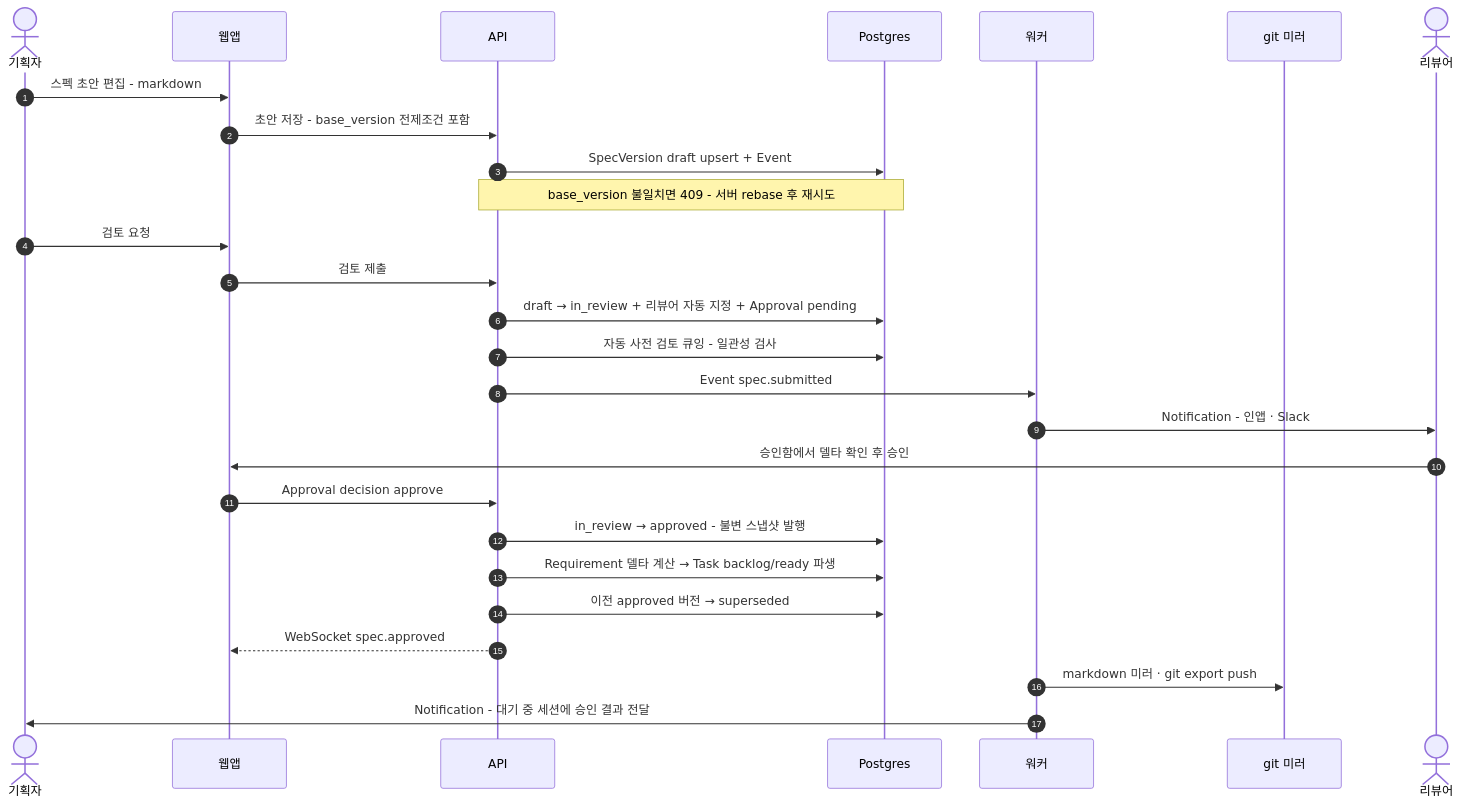
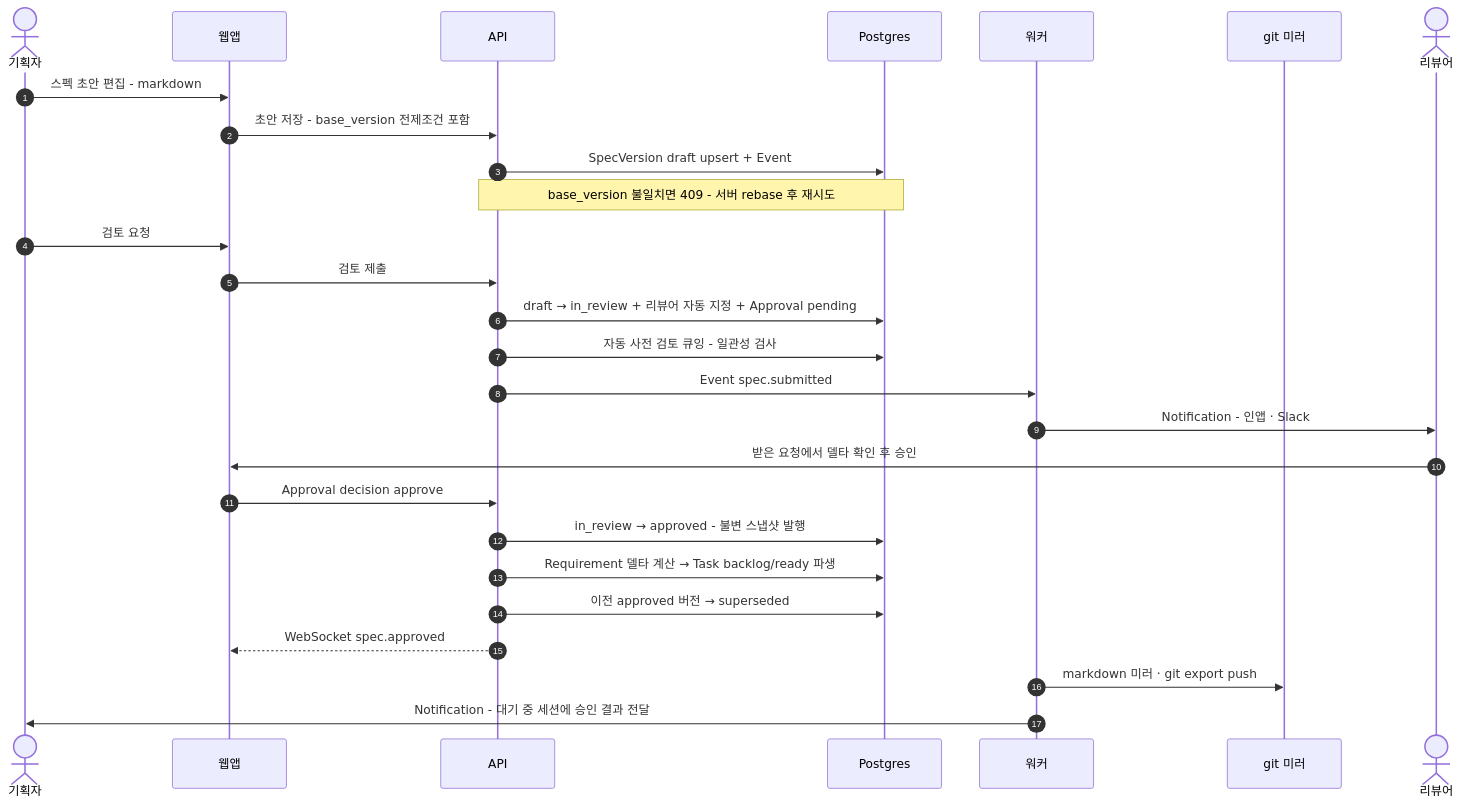
The second of 6 diagrams in docs/03-proposal/architecture.md (worker-ants/nerv), drawn with Mermaid before and after one commit. The commit also changed other lines of this file and 76 other files, not shown here.

````diff
--- a/docs/03-proposal/architecture.md
+++ b/docs/03-proposal/architecture.md
@@ -176,29 +176,29 @@
 ```mermaid
 sequenceDiagram
   autonumber
   actor P as 기획자
   participant W as 웹앱
   participant A as API
   participant DB as Postgres
   participant K as 워커
   participant MIR as git 미러
   actor R as 리뷰어
   P->>W: 스펙 초안 편집 - markdown
   W->>A: 초안 저장 - base_version 전제조건 포함
   A->>DB: SpecVersion draft upsert + Event
   Note over A,DB: base_version 불일치면 409 - 서버 rebase 후 재시도
   P->>W: 검토 요청
   W->>A: 검토 제출
   A->>DB: draft → in_review + 리뷰어 자동 지정 + Approval pending
   A->>DB: 자동 사전 검토 큐잉 - 일관성 검사
   A->>K: Event spec.submitted
   K->>R: Notification - 인앱 · Slack
-  R->>W: 승인함에서 델타 확인 후 승인
+  R->>W: 받은 요청에서 델타 확인 후 승인
   W->>A: Approval decision approve
   A->>DB: in_review → approved - 불변 스냅샷 발행
   A->>DB: Requirement 델타 계산 → Task backlog/ready 파생
   A->>DB: 이전 approved 버전 → superseded
   A-->>W: WebSocket spec.approved
   K->>MIR: markdown 미러 · git export push
   K->>P: Notification - 대기 중 세션에 승인 결과 전달
 ```
````
